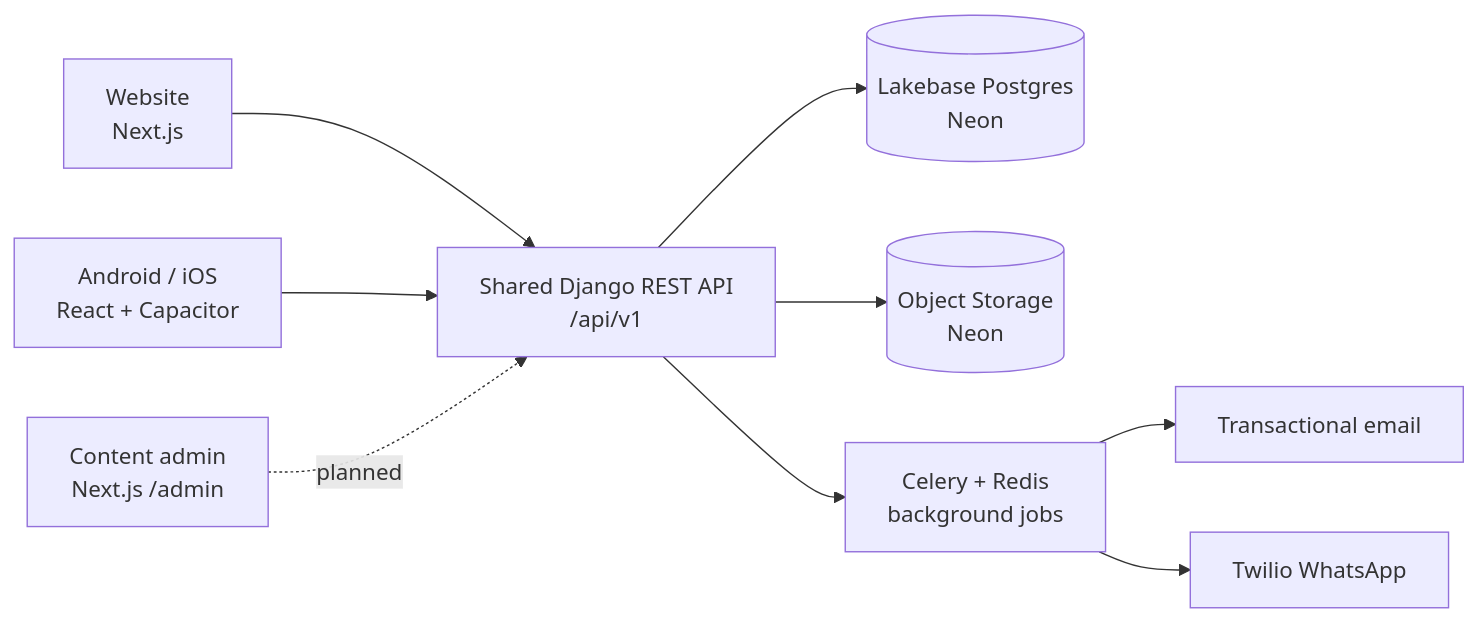
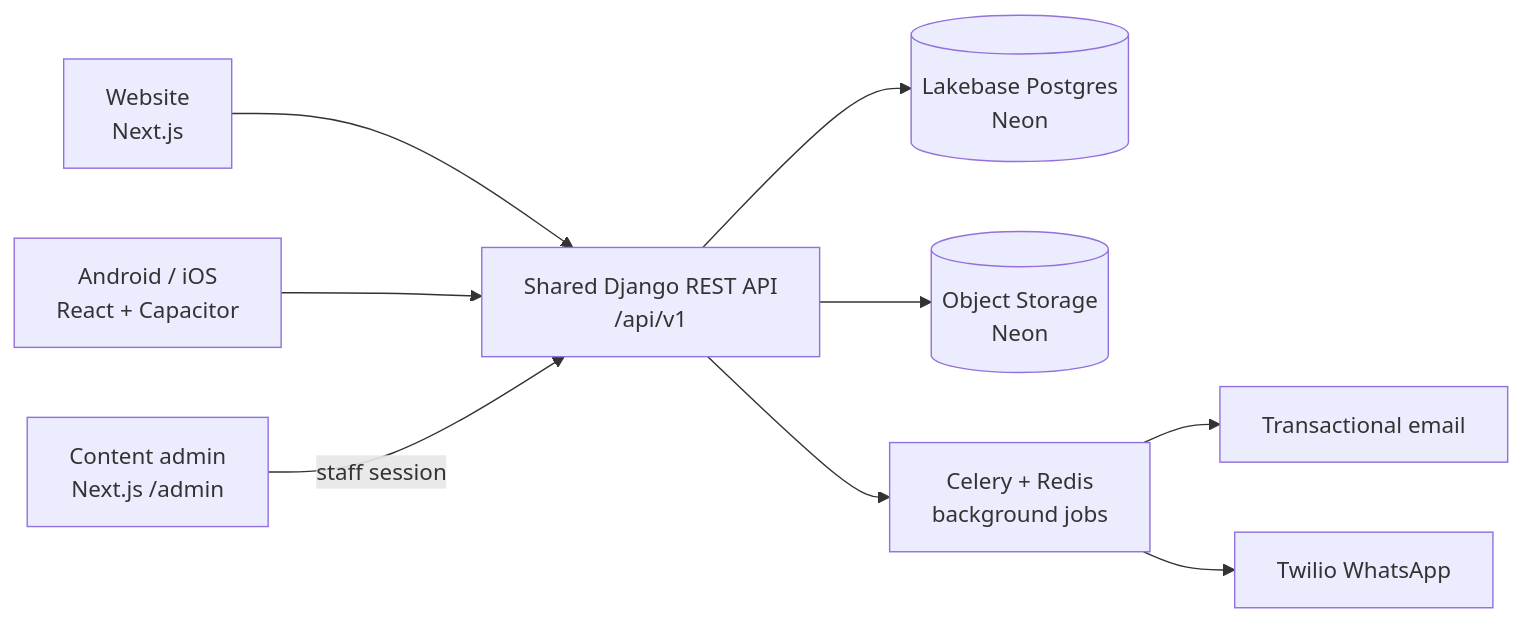
The first of 4 diagrams in README.md (NHasan143/driveo-creative), drawn with Mermaid before and after one commit. The commit also changed other lines of this file and 63 other files, not shown here.

Commit message:
feat: backend api integration with frontend and admin panel.

````diff
--- a/README.md
+++ b/README.md
@@ -114,11 +114,11 @@
 ```mermaid
 flowchart LR
     Web["Website<br/>Next.js"] --> API
     App["Android / iOS<br/>React + Capacitor"] --> API
-    Admin["Content admin<br/>Next.js /admin"] -.->|planned| API
+    Admin["Content admin<br/>Next.js /admin"] -->|staff session| API
     API["Shared Django REST API<br/>/api/v1"] --> DB[("Lakebase Postgres<br/>Neon")]
     API --> Files[("Object Storage<br/>Neon")]
     API --> Queue["Celery + Redis<br/>background jobs"]
     Queue --> Email["Transactional email"]
     Queue --> WA["Twilio WhatsApp"]
 ```
````
